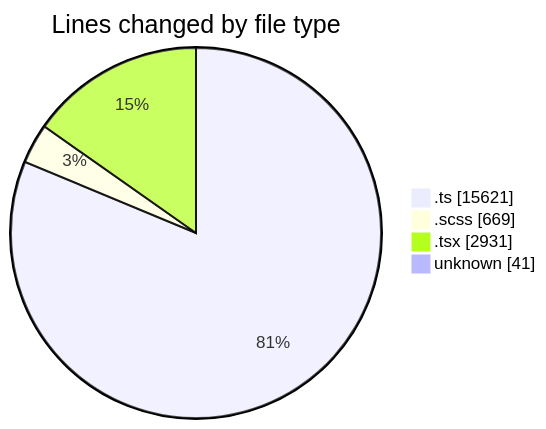
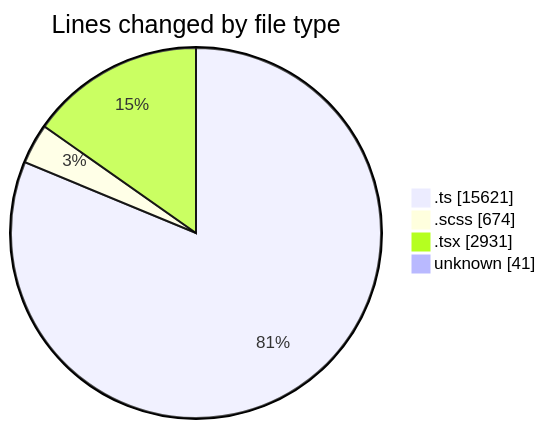
One commit to momahboobian/code-tracking changed the first of 2 diagrams in 2025-08-27/cda/README.md. Above: the diagram before and after it, drawn with Mermaid. The commit also changed other lines of this file and 1 other file, not shown here.

````diff
--- a/2025-08-27/cda/README.md
+++ b/2025-08-27/cda/README.md
@@ -38,8 +38,8 @@
 ```mermaid
 pie showData
 title Lines changed by file type
 ".ts" : 15621
-".scss" : 669
+".scss" : 674
 ".tsx" : 2931
 "unknown" : 41
 ```
````
